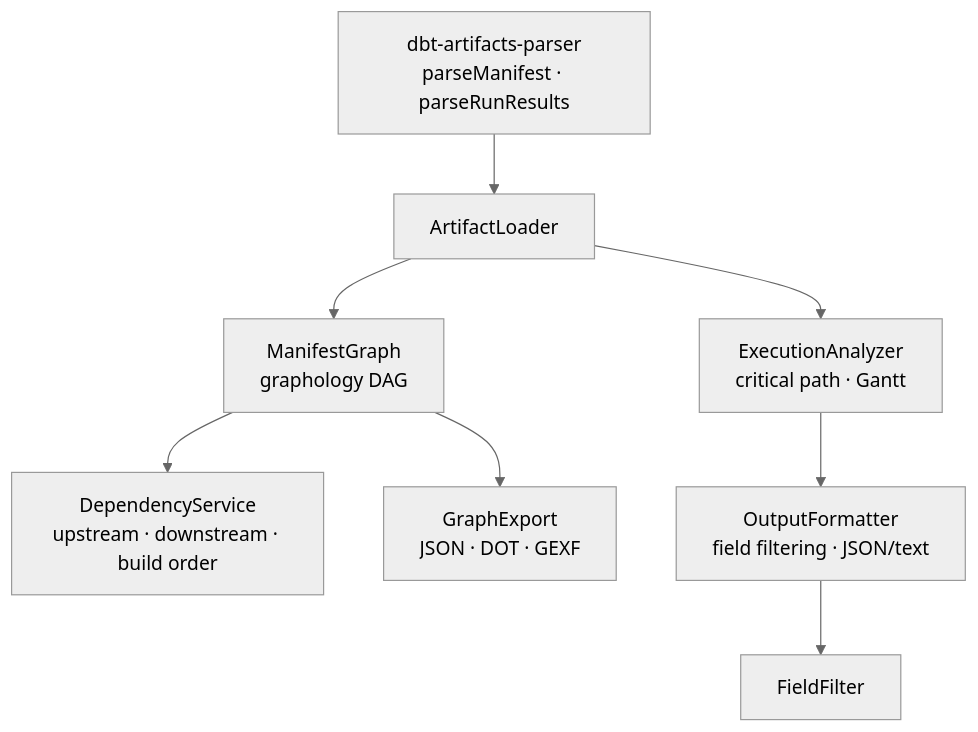
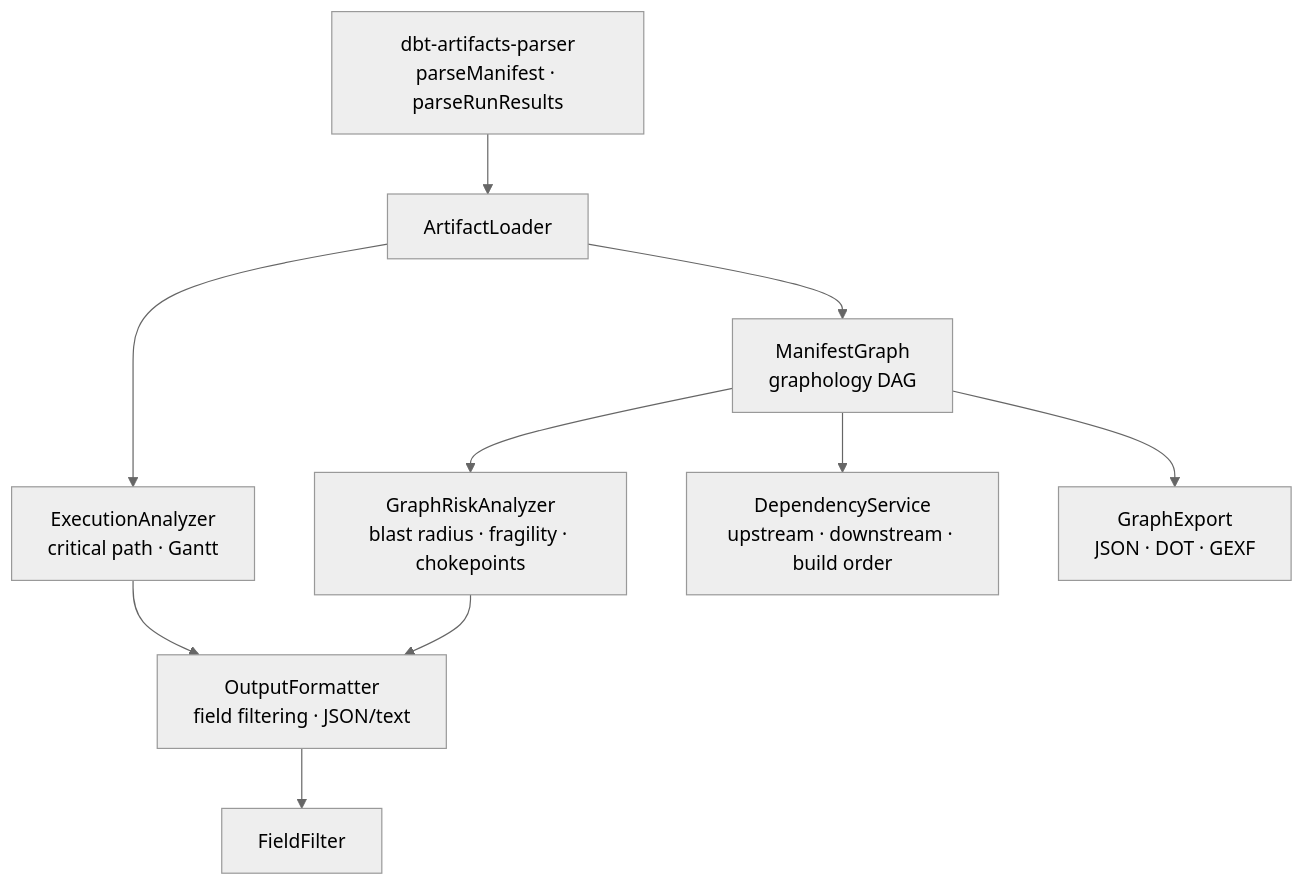
The diagram in packages/dbt-tools/core/README.md (yu-iskw/dbt-artifacts-parser-ts), drawn with Mermaid (neutral theme) before and after one commit. The commit also changed other lines of this file and 18 other files, not shown here.

Commit message:
Implement graph risk analysis feature in CLI and documentation updates

````diff
--- a/packages/dbt-tools/core/README.md
+++ b/packages/dbt-tools/core/README.md
@@ -9,11 +9,13 @@
 ```mermaid
 graph TD
   AF["dbt-artifacts-parser\nparseManifest · parseRunResults"]
   AF --> AL["ArtifactLoader"]
   AL --> MG["ManifestGraph\ngraphology DAG"]
   AL --> EA["ExecutionAnalyzer\ncritical path · Gantt"]
+  MG --> GRA["GraphRiskAnalyzer\nblast radius · fragility · chokepoints"]
   MG --> DS["DependencyService\nupstream · downstream · build order"]
   MG --> GE["GraphExport\nJSON · DOT · GEXF"]
   EA --> OF["OutputFormatter\nfield filtering · JSON/text"]
+  GRA --> OF
   OF --> FF["FieldFilter"]
 ```
````
